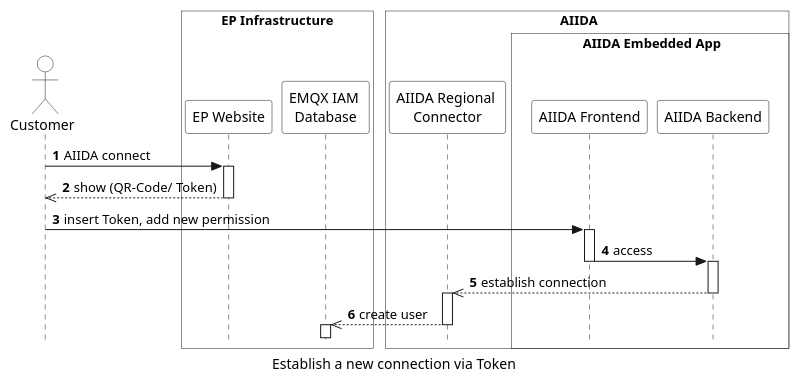
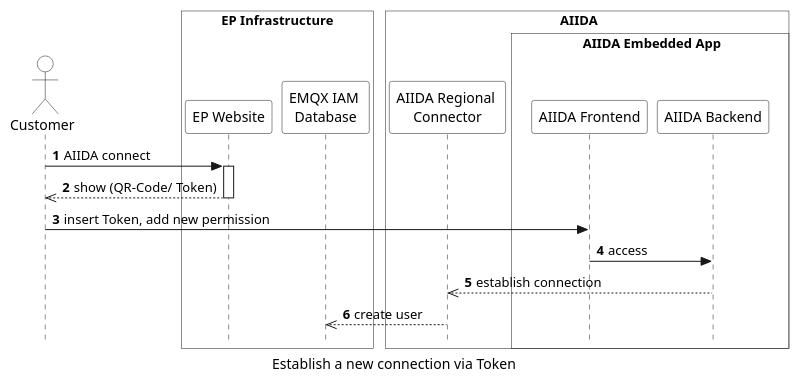
The diagram in arc42/aiida/runtime-view/figures/aiida_new_connection_token.puml (eddie-energy/architecture), drawn with PlantUML before and after one commit. The commit also changed 21 other files, not shown here.

```diff
--- a/arc42/aiida/runtime-view/figures/aiida_new_connection_token.puml
+++ b/arc42/aiida/runtime-view/figures/aiida_new_connection_token.puml
@@ -1,53 +1,46 @@
 @startuml aiida_new_connection_token
 'sequence diagram
 caption Establish a new connection via Token
 
 skinparam style strictuml
 skinparam sequence {
   ParticipantBackgroundColor transparent
   ActorBackgroundColor transparent
 }
 
 autonumber
 !pragma teoz true
 
 actor "Customer" as user
 box "EP Infrastructure" #transparent
   participant "EP Website" as website
   participant "EMQX IAM \nDatabase" as database
 end box
     box "\tAIIDA\t\t"  #transparent
     participant "AIIDA Regional \nConnector" as connector
       box "\t\tAIIDA Embedded App\t\t"  #transparent
       participant "AIIDA Frontend" as frontend
       participant "AIIDA Backend" as backend
     end box
   end box
 
 
 user -> website : AIIDA connect
 activate website
 
   website -->> user : show (QR-Code/ Token)
 deactivate website
 
 
   user -> frontend : insert Token, add new permission
-  activate frontend
+ 
       frontend -> backend : access
-           activate backend 
-           deactivate frontend
+
     backend  -->> connector : establish connection
 
+    connector -->> database : create user
 
-     deactivate backend
-     
-    activate connector
-    connector -->> database : create user
-    deactivate connector 
-    activate database
-    deactivate database
 
 
 
 @enduml
```
